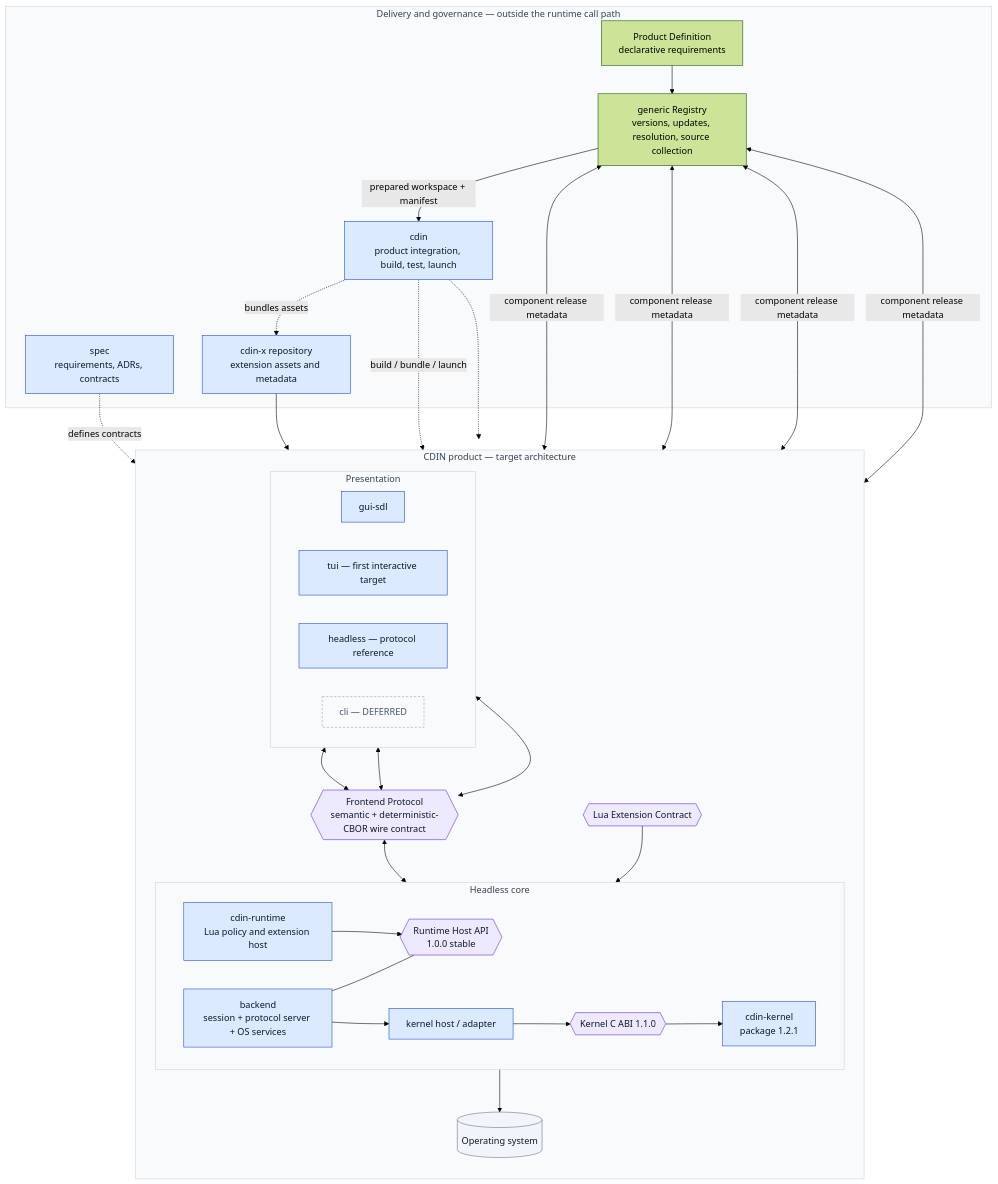
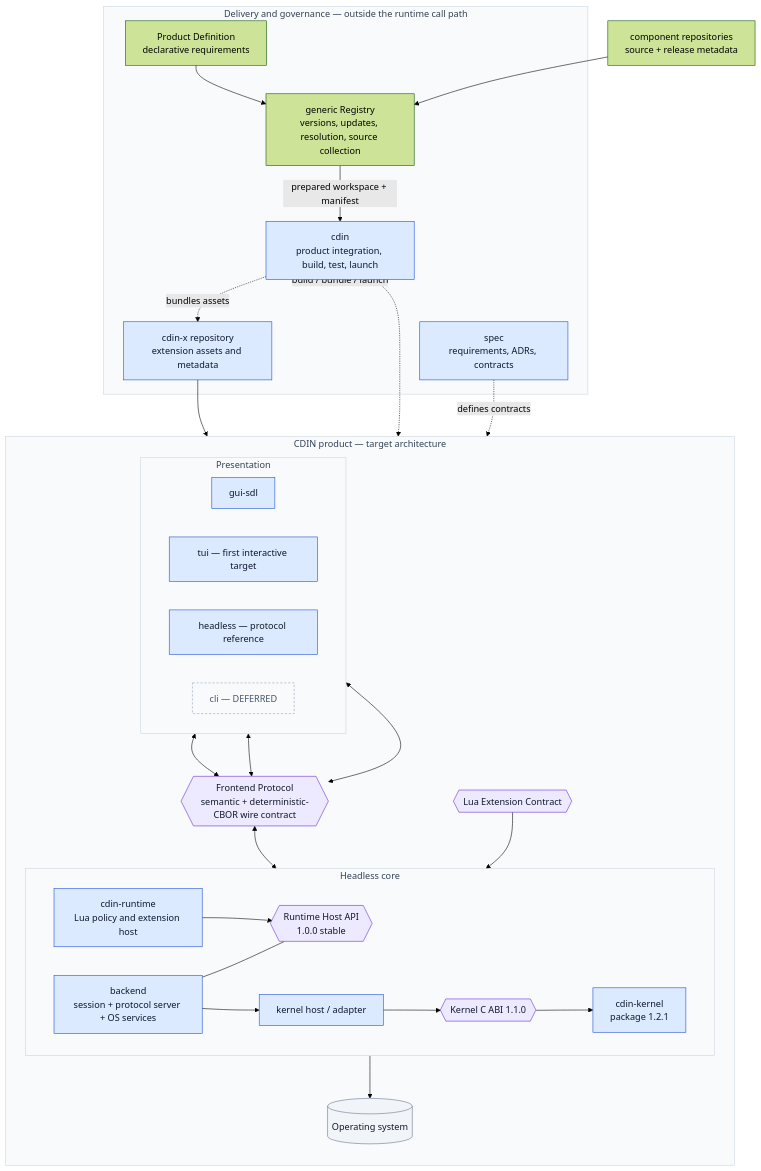
One commit to cdin-editor/spec changed the diagram in docs/architecture/overview.md. Above: the diagram before and after it, drawn with Mermaid (forest theme).

Commit message:
docs(spec): clarify Registry component-source diagram

````diff
--- a/docs/architecture/overview.md
+++ b/docs/architecture/overview.md
@@ -27,65 +27,63 @@
 ```mermaid
 flowchart TB
     subgraph DELIVERY["Delivery and governance — outside the runtime call path"]
         ROOT["cdin<br/>product integration, build, test, launch"]
         PD["Product Definition<br/>declarative requirements"]
         REG["generic Registry<br/>versions, updates, resolution, source collection"]
         SPEC["spec<br/>requirements, ADRs, contracts"]
         XREPO["cdin-x repository<br/>extension assets and metadata"]
     end
 
     subgraph TARGET["CDIN product — target architecture"]
         direction TB
         subgraph UI["Presentation"]
             direction LR
             GUI["gui-sdl"]
             TUI["tui — first interactive target"]
             HL["headless — protocol reference"]
             CLI["cli — DEFERRED"]
         end
         FP{{"Frontend Protocol<br/>semantic + deterministic-CBOR wire contract"}}
         subgraph CORE["Headless core"]
             direction LR
             BE["backend<br/>session + protocol server + OS services"]
             RHA{{"Runtime Host API<br/>1.0.0 stable"}}
             RT["cdin-runtime<br/>Lua policy and extension host"]
             KH["kernel host / adapter"]
             ABI{{"Kernel C ABI 1.1.0"}}
             K["cdin-kernel<br/>package 1.2.1"]
         end
         EXT{{"Lua Extension Contract"}}
         OS[("Operating system")]
     end
 
     GUI <--> FP
     TUI <--> FP
     HL <--> FP
     FP <--> BE
     RT --> RHA
     BE --- RHA
     BE --> KH --> ABI --> K
     XREPO --> EXT --> RT
     BE --> OS
     PD --> REG
     REG -->|"prepared workspace + manifest"| ROOT
-    REG <-->|"component release metadata"| K
-    REG <-->|"component release metadata"| RT
-    REG <-->|"component release metadata"| BE
-    REG <-->|"component release metadata"| GUI
+    COMPONENTS["component repositories<br/>source + release metadata"]
+    COMPONENTS --> REG
     ROOT -. "build / bundle / launch" .-> UI
     ROOT -.-> CORE
     ROOT -. "bundles assets" .-> XREPO
     SPEC -. "defines contracts" .-> TARGET
 
     classDef component fill:#dbeafe,stroke:#1d4ed8,color:#0f172a
     classDef contract fill:#ede9fe,stroke:#6d28d9,color:#0f172a
     classDef external fill:#f1f5f9,stroke:#64748b,color:#0f172a
     classDef group fill:#f8fafc,stroke:#cbd5e1,color:#334155
     classDef deferred fill:#f8fafc,stroke:#94a3b8,color:#475569,stroke-dasharray:4 3
     class ROOT,SPEC,XREPO,GUI,TUI,HL,BE,RT,KH,K component
     class FP,RHA,ABI,EXT contract
     class OS external
     class TUI component
     class CLI deferred
     class DELIVERY,UI,CORE,TARGET group
 ```
````
